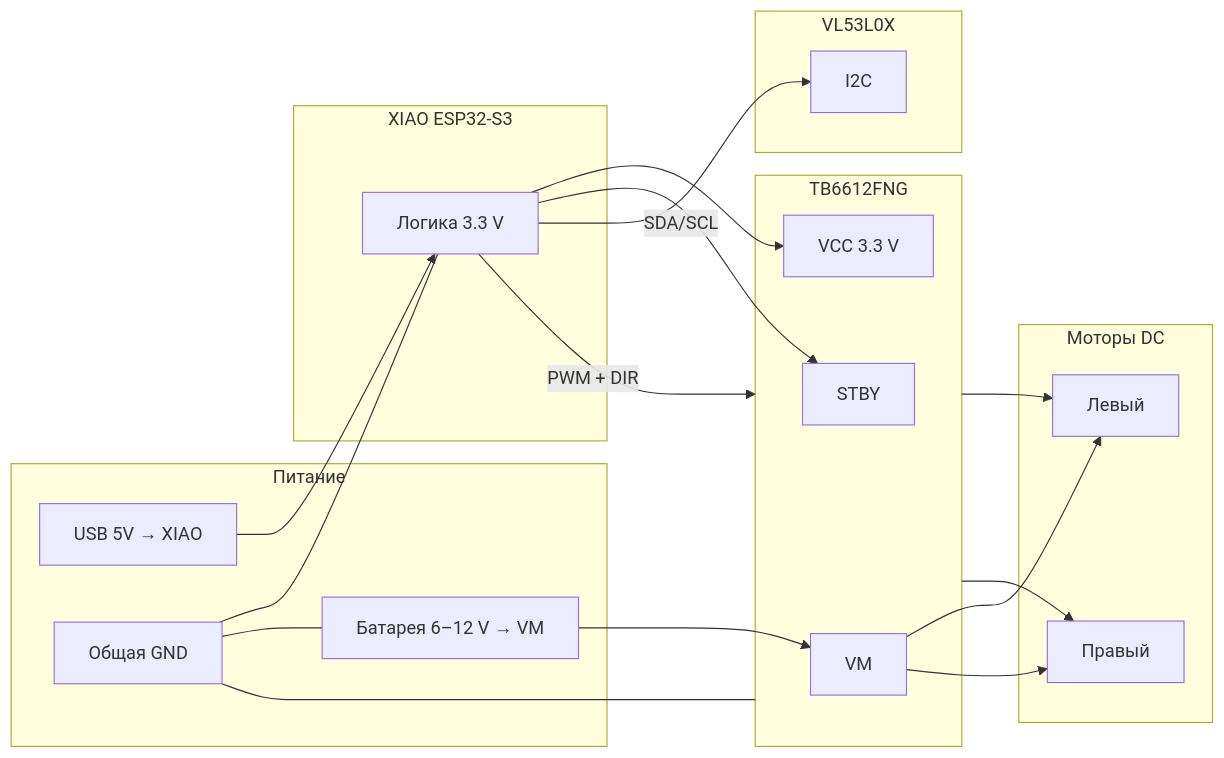
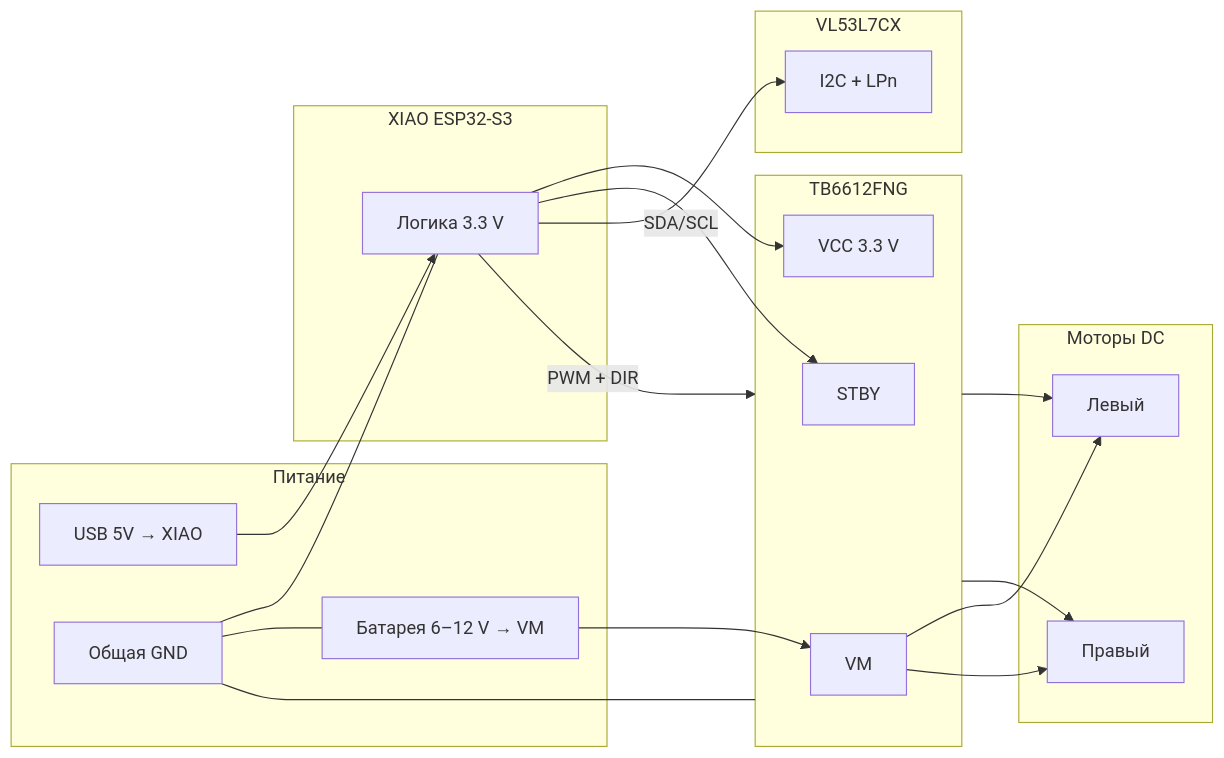
Before and after one commit to soulhiler/Dengojui-Ardu: the first of 3 diagrams in docs/hardware/wiring-xiao-motor-tof.md, drawn with Mermaid. The commit also changed other lines of this file and 7 other files, not shown here.

````diff
--- a/docs/hardware/wiring-xiao-motor-tof.md
+++ b/docs/hardware/wiring-xiao-motor-tof.md
@@ -11,41 +11,41 @@
 ```mermaid
 flowchart LR
   subgraph power["Питание"]
     USB["USB 5V → XIAO"]
     BAT["Батарея 6–12 V → VM"]
     GND["Общая GND"]
   end
 
   subgraph xiao["XIAO ESP32-S3"]
     MCU["Логика 3.3 V"]
   end
 
   subgraph drv["TB6612FNG"]
     STBY["STBY"]
     VM["VM"]
     VCC["VCC 3.3 V"]
   end
 
   subgraph mot["Моторы DC"]
     ML["Левый"]
     MR["Правый"]
   end
 
-  subgraph tof["VL53L0X"]
-    I2C["I2C"]
+  subgraph tof["VL53L7CX"]
+    I2C["I2C + LPn"]
   end
 
   USB --> MCU
   MCU --> VCC
   MCU --> STBY
   BAT --> VM
   GND --- MCU
   GND --- drv
   GND --- BAT
   VM --> ML
   VM --> MR
   drv --> ML
   drv --> MR
   MCU -->|"PWM + DIR"| drv
   MCU -->|"SDA/SCL"| I2C
 ```
````
